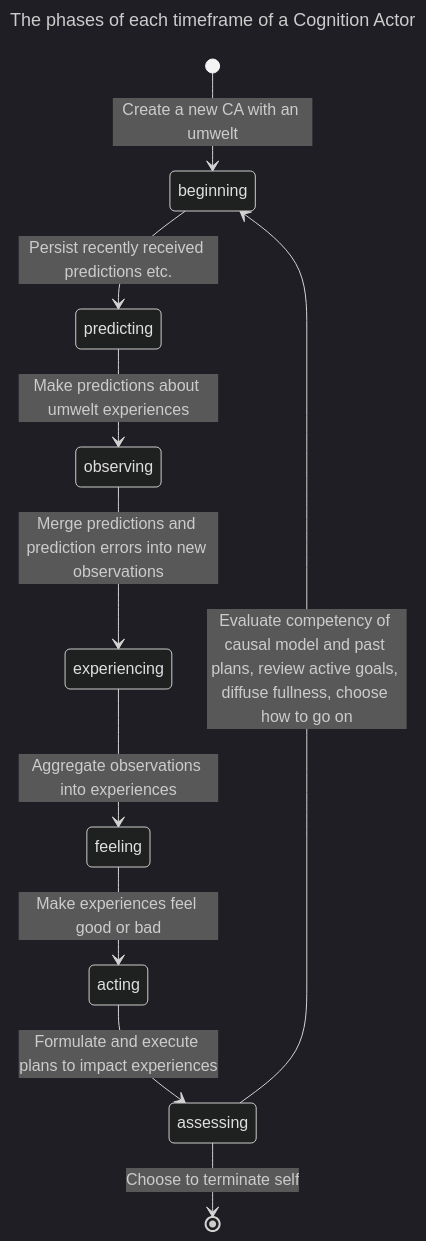
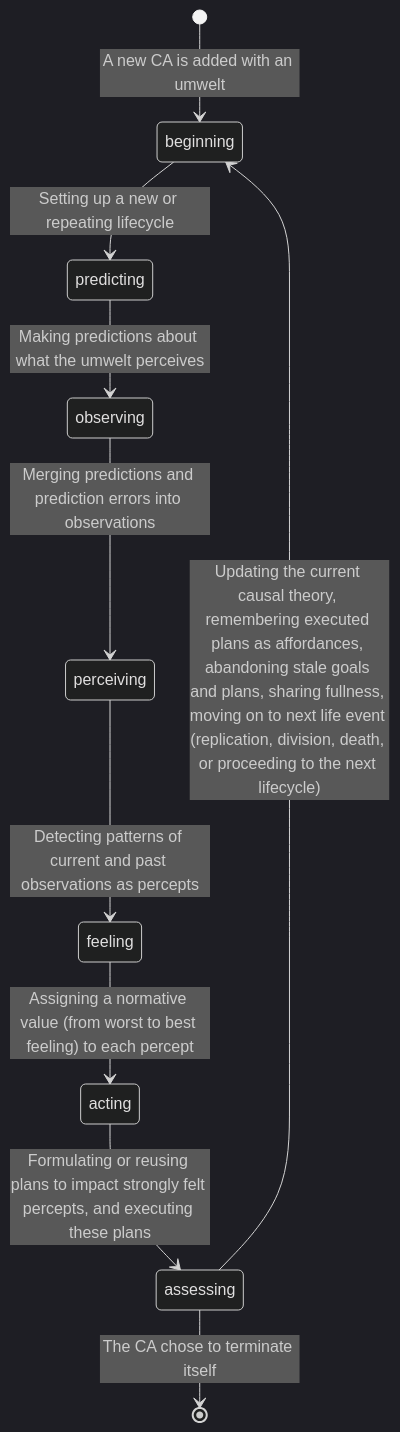
The diagram in research_fellowship/symposium 2026.md (jfcloutier/karma_system), drawn with Mermaid (dark theme) before and after one commit. The commit also changed other lines of this file and 24 other files, not shown here.

Commit message:
Reviewd symposium narrative - experiences vs percepts

````diff
--- a/research_fellowship/symposium 2026.md
+++ b/research_fellowship/symposium 2026.md
@@ -76,15 +80,13 @@
 ```mermaid
----
-title: The phases of each timeframe of a Cognition Actor
----
+
 stateDiagram-v2
-    [*] --> beginning : Create a new CA with an umwelt
-    beginning --> predicting: Persist recently received predictions etc.
-    predicting --> observing: Make predictions about umwelt experiences
-    observing --> experiencing: Merge predictions and prediction errors into new observations
-    experiencing --> feeling: Aggregate observations into experiences
-    feeling --> acting: Make experiences feel good or bad
-    acting --> assessing: Formulate and execute plans to impact experiences
-    assessing --> beginning: Evaluate competency of causal model and past plans, review active goals, diffuse fullness, choose how to go on
-    assessing --> [*]: Choose to terminate self
+    [*] --> beginning : A new CA is added with an umwelt
+    beginning --> predicting: Setting up a new or repeating lifecycle
+    predicting --> observing: Making predictions about what the umwelt perceives
+    observing --> perceiving: Merging predictions and prediction errors into observations
+    perceiving --> feeling: Detecting patterns of current and past observations as percepts
+    feeling --> acting: Assigning a normative value (from worst to best feeling) to each percept
+    acting --> assessing: Formulating or reusing plans to impact strongly felt percepts, and executing these plans
+    assessing --> beginning: Updating the current causal theory, remembering executed plans as affordances, abandoning stale goals and plans, sharing fullness, moving on to next life event (replication, division, death, or proceeding to the next lifecycle)
+    assessing --> [*]: The CA chose to terminate itself
 ```
````
